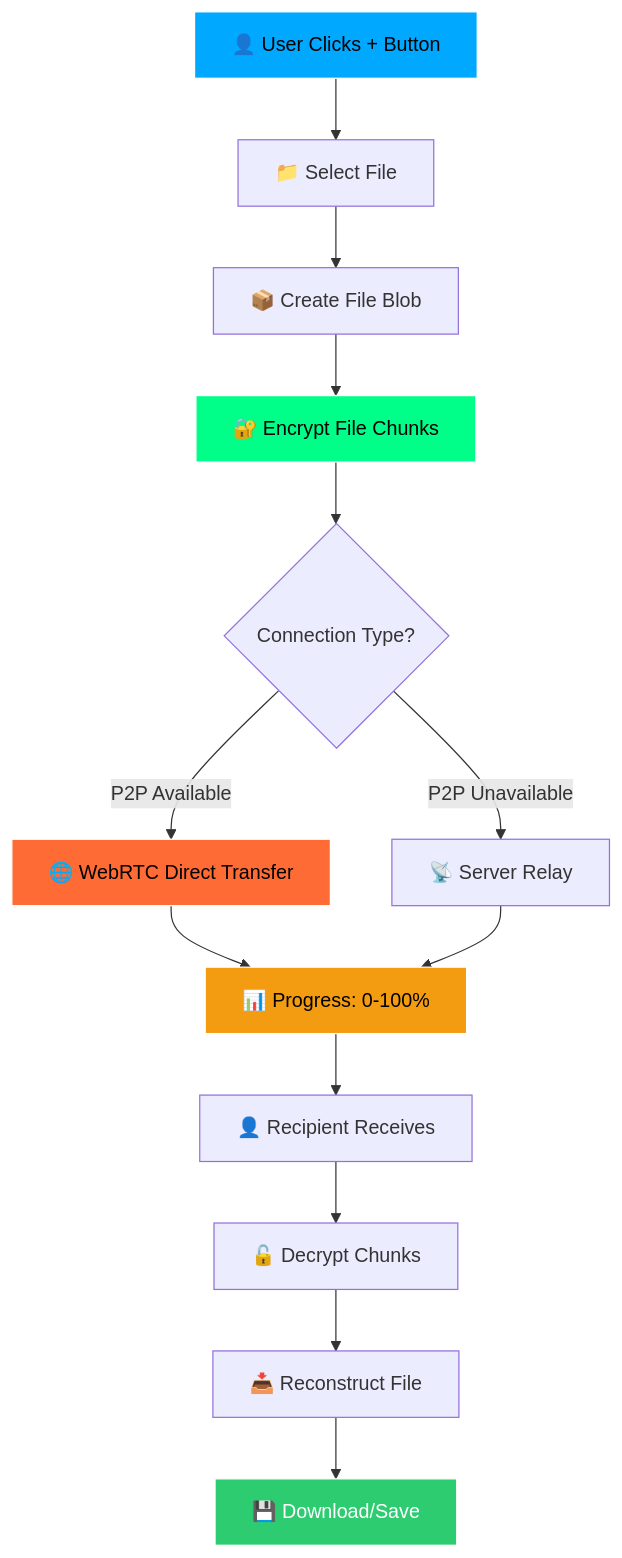
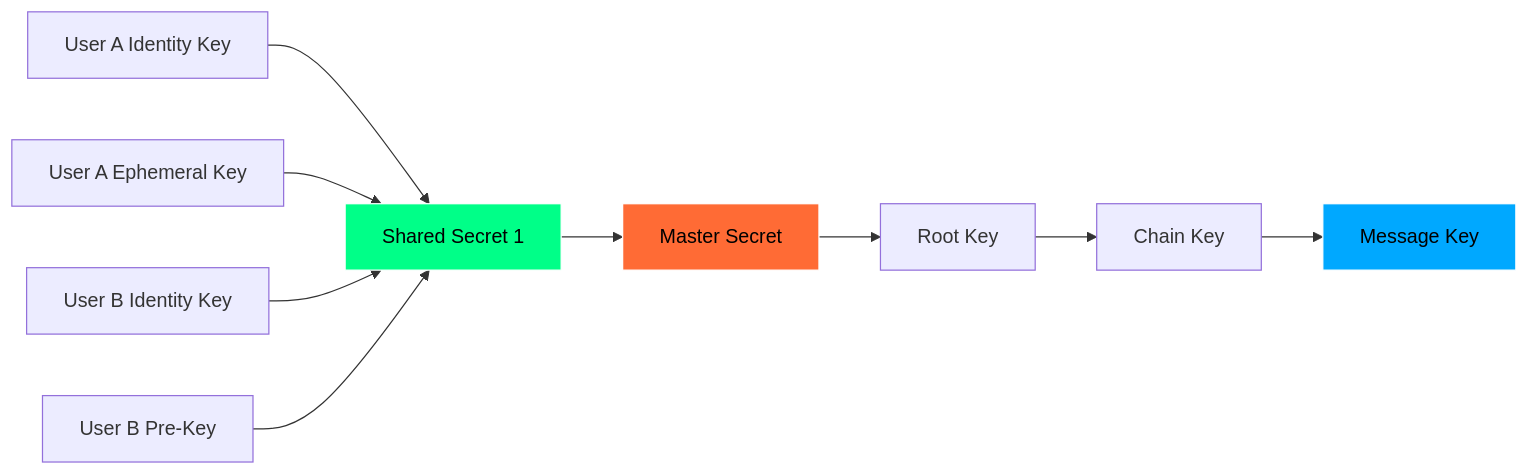
The third of 9 diagrams in README.md (Hetpatel01021111/Eclipse), drawn with Mermaid before and after one commit. The commit also changed other lines of this file, not shown here.

Commit message:
docs: create comprehensive README with detailed architecture, security, and deployment guides

````diff
--- a/README.md
+++ b/README.md
@@ -90,24 +374,15 @@
 ```mermaid
-graph TB
-    A[👤 User Clicks + Button] --> B[📁 Select File]
-    B --> C[📦 Create File Blob]
-    C --> D[🔐 Encrypt File Chunks]
-    D --> E{Connection Type?}
+graph LR
+    A[User A Identity Key] --> E[Shared Secret 1]
+    B[User A Ephemeral Key] --> E
+    C[User B Identity Key] --> E
+    D[User B Pre-Key] --> E
+    E --> F[Master Secret]
+    F --> G[Root Key]
+    G --> H[Chain Key]
+    H --> I[Message Key]
     
-    E -->|P2P Available| F[🌐 WebRTC Direct Transfer]
-    E -->|P2P Unavailable| G[📡 Server Relay]
-    
-    F --> H[📊 Progress: 0-100%]
-    G --> H
-    
-    H --> I[👤 Recipient Receives]
-    I --> J[🔓 Decrypt Chunks]
-    J --> K[📥 Reconstruct File]
-    K --> L[💾 Download/Save]
-    
-    style A fill:#00a8ff,stroke:#fff,color:#000
-    style D fill:#00ff88,stroke:#fff,color:#000
+    style E fill:#00ff88,stroke:#fff,color:#000
     style F fill:#ff6b35,stroke:#fff,color:#000
-    style H fill:#f39c12,stroke:#fff,color:#000
-    style L fill:#2ecc71,stroke:#fff,color:#fff
+    style I fill:#00a8ff,stroke:#fff,color:#000
 ```
````
